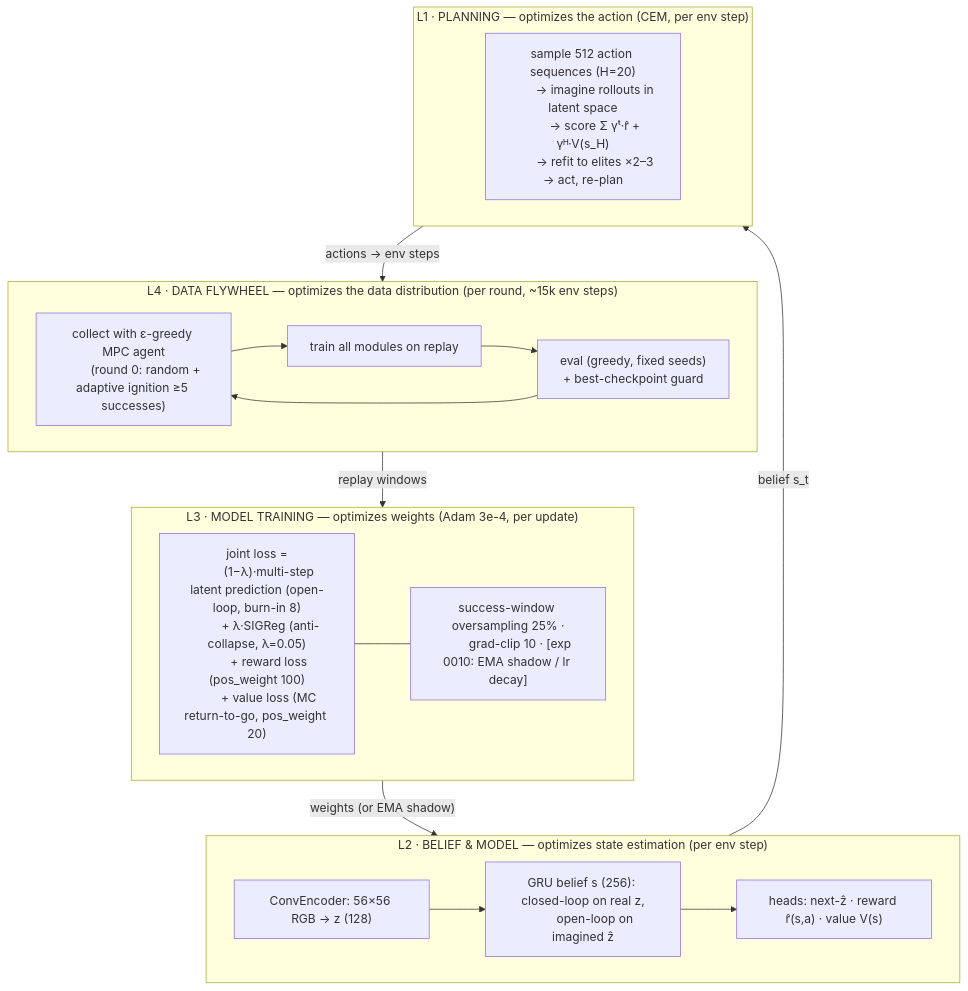
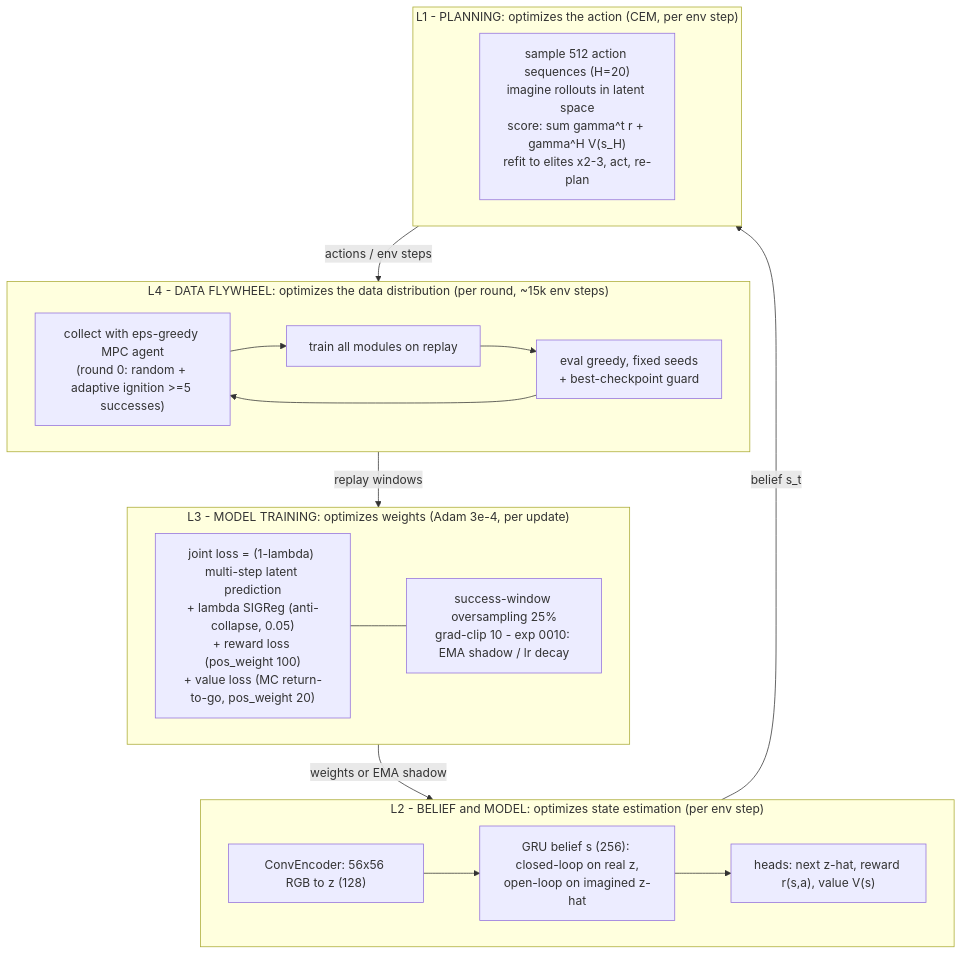
One commit to davidverholen/world-model-lab changed the diagram in knowledge/concepts/agent-architecture.md. Above: the diagram before and after it, drawn with Mermaid.

Commit message:
Fix mermaid compatibility: no raw newlines/unicode in node labels (VSCode preview)

````diff
--- a/knowledge/concepts/agent-architecture.md
+++ b/knowledge/concepts/agent-architecture.md
@@ -18,43 +18,32 @@
 ```mermaid
 flowchart TB
-    subgraph L4["L4 · DATA FLYWHEEL — optimizes the data distribution (per round, ~15k env steps)"]
+    subgraph L4["L4 - DATA FLYWHEEL: optimizes the data distribution (per round, ~15k env steps)"]
         direction LR
-        collect["collect with ε-greedy MPC agent
-        (round 0: random + adaptive ignition ≥5 successes)"]
-        --> trainstep["train all modules on replay"]
-        --> evalstep["eval (greedy, fixed seeds)
-        + best-checkpoint guard"]
-        --> collect
+        collect["collect with eps-greedy MPC agent<br/>(round 0: random + adaptive ignition >=5 successes)"]
+        trainstep["train all modules on replay"]
+        evalstep["eval greedy, fixed seeds<br/>+ best-checkpoint guard"]
+        collect --> trainstep --> evalstep --> collect
     end
 
-    subgraph L3["L3 · MODEL TRAINING — optimizes weights (Adam 3e-4, per update)"]
-        loss["joint loss =
-        (1−λ)·multi-step latent prediction (open-loop, burn-in 8)
-        + λ·SIGReg (anti-collapse, λ=0.05)
-        + reward loss (pos_weight 100)
-        + value loss (MC return-to-go, pos_weight 20)"]
-        tricks["success-window oversampling 25% ·
-        grad-clip 10 · [exp 0010: EMA shadow / lr decay]"]
+    subgraph L3["L3 - MODEL TRAINING: optimizes weights (Adam 3e-4, per update)"]
+        loss["joint loss = (1-lambda) multi-step latent prediction<br/>+ lambda SIGReg (anti-collapse, 0.05)<br/>+ reward loss (pos_weight 100)<br/>+ value loss (MC return-to-go, pos_weight 20)"]
+        tricks["success-window oversampling 25%<br/>grad-clip 10 - exp 0010: EMA shadow / lr decay"]
         loss --- tricks
     end
 
-    subgraph L2["L2 · BELIEF & MODEL — optimizes state estimation (per env step)"]
-        enc["ConvEncoder: 56×56 RGB → z (128)"]
-        gru["GRU belief s (256): closed-loop on real z,
-        open-loop on imagined ẑ"]
-        heads["heads: next-ẑ · reward r̂(s,a) · value V(s)"]
+    subgraph L2["L2 - BELIEF and MODEL: optimizes state estimation (per env step)"]
+        enc["ConvEncoder: 56x56 RGB to z (128)"]
+        gru["GRU belief s (256): closed-loop on real z,<br/>open-loop on imagined z-hat"]
+        heads["heads: next z-hat, reward r(s,a), value V(s)"]
         enc --> gru --> heads
     end
 
-    subgraph L1["L1 · PLANNING — optimizes the action (CEM, per env step)"]
-        cem["sample 512 action sequences (H=20)
-        → imagine rollouts in latent space
-        → score Σ γᵗ·r̂ + γᴴ·V(s_H)
-        → refit to elites ×2–3 → act, re-plan"]
+    subgraph L1["L1 - PLANNING: optimizes the action (CEM, per env step)"]
+        cem["sample 512 action sequences (H=20)<br/>imagine rollouts in latent space<br/>score: sum gamma^t r + gamma^H V(s_H)<br/>refit to elites x2-3, act, re-plan"]
     end
 
-    L4 -->|"replay windows"| L3
-    L3 -->|"weights (or EMA shadow)"| L2
-    L2 -->|"belief s_t"| L1
-    L1 -->|"actions → env steps"| L4
+    L4 -->|replay windows| L3
+    L3 -->|weights or EMA shadow| L2
+    L2 -->|belief s_t| L1
+    L1 -->|actions / env steps| L4
 ```
````
